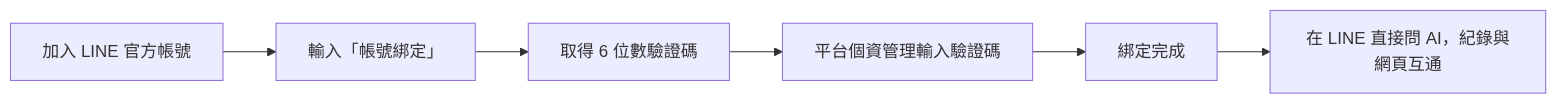
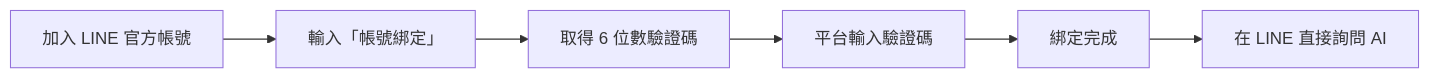
Before and after one commit to io-software-ai/NCUE-Scholarship: the fourth of 4 diagrams in docs/使用手冊.md, drawn with Mermaid. The commit also changed other lines of this file and 2 other files, not shown here.

````diff
--- a/docs/使用手冊.md
+++ b/docs/使用手冊.md
@@ -317,8 +326,8 @@
 ```mermaid
 flowchart LR
     A[加入 LINE 官方帳號] --> B[輸入「帳號綁定」]
     B --> C[取得 6 位數驗證碼]
-    C --> D[平台個資管理輸入驗證碼]
+    C --> D[平台輸入驗證碼]
     D --> E[綁定完成]
-    E --> F[在 LINE 直接問 AI，紀錄與網頁互通]
+    E --> F[在 LINE 直接詢問 AI]
 ```
````
